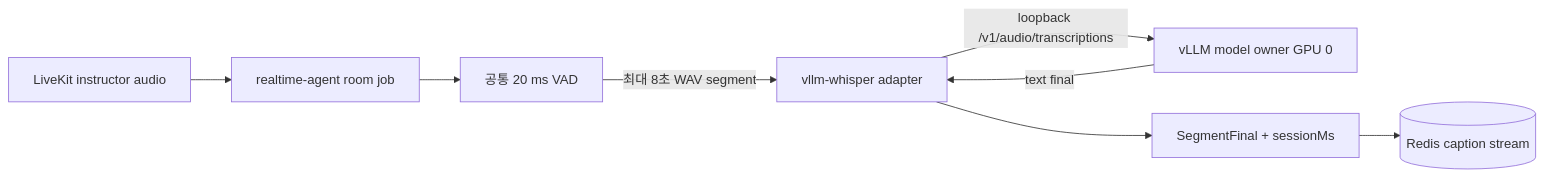
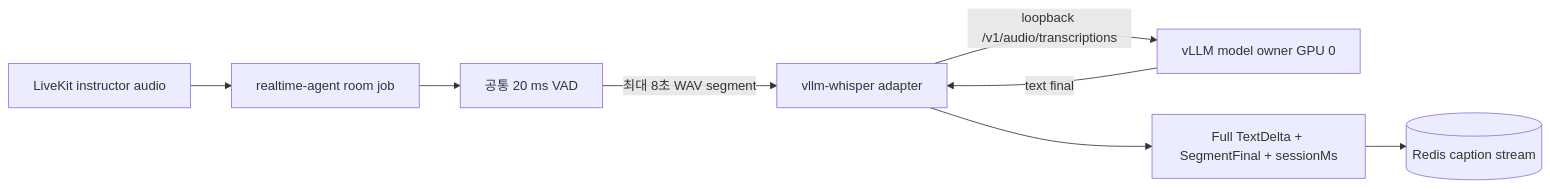
Before and after one commit to thdwjdrl401/jiphyeonjeon: the diagram in docs/decisions/canola/0042-whisper-vllm-runtime-adapter.md, drawn with Mermaid. The commit also changed other lines of this file and 3 other files, not shown here.

```diff
--- a/docs/decisions/canola/0042-whisper-vllm-runtime-adapter.md
+++ b/docs/decisions/canola/0042-whisper-vllm-runtime-adapter.md
@@ -33,10 +33,10 @@
 ~~~mermaid
 flowchart LR
     LK[LiveKit instructor audio] --> A[realtime-agent room job]
     A --> V[공통 20 ms VAD]
     V -->|최대 8초 WAV segment| C[vllm-whisper adapter]
     C -->|loopback /v1/audio/transcriptions| R[vLLM model owner GPU 0]
     R -->|text final| C
-    C --> S[SegmentFinal + sessionMs]
+    C --> S[Full TextDelta + SegmentFinal + sessionMs]
     S --> RS[(Redis caption stream)]
 ~~~
```
